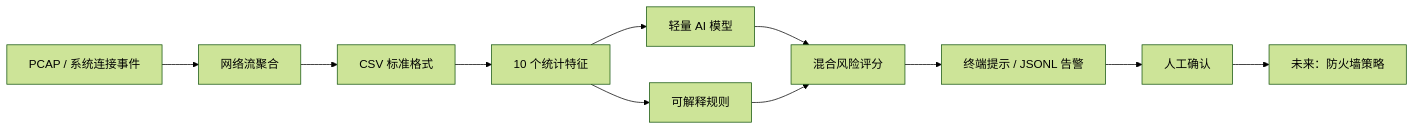
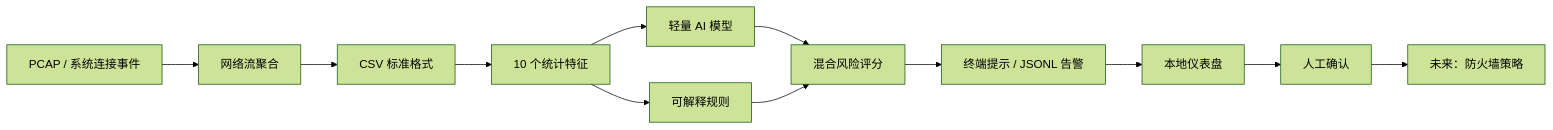
The diagram in README.md (heartofiron-dev/ai-firewall), drawn with Mermaid (forest theme) before and after one commit. The commit also changed other lines of this file, not shown here.

````diff
--- a/README.md
+++ b/README.md
@@ -32,13 +33,14 @@
 ```mermaid
 flowchart LR
     A[PCAP / 系统连接事件] --> B[网络流聚合]
     B --> C[CSV 标准格式]
     C --> D[10 个统计特征]
     D --> E[轻量 AI 模型]
     D --> F[可解释规则]
     E --> G[混合风险评分]
     F --> G
     G --> H[终端提示 / JSONL 告警]
-    H --> I[人工确认]
+    H --> K[本地仪表盘]
+    K --> I[人工确认]
     I --> J[未来：防火墙策略]
 ```
````
